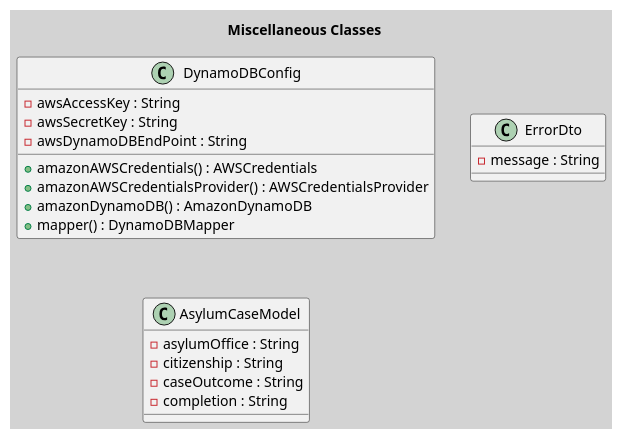
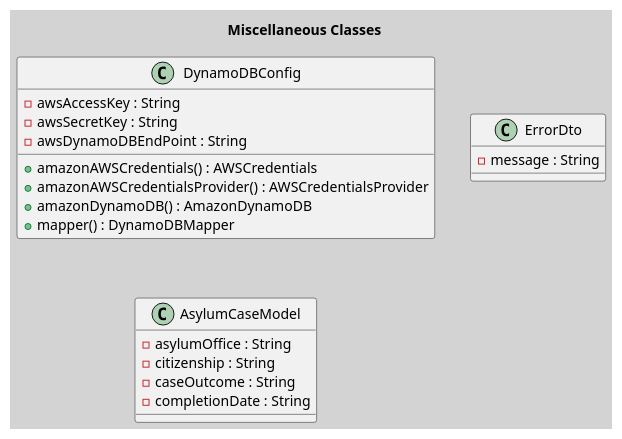
One commit to BloomTech-Labs/asylum-rg-be-a changed the diagram in documentation/diagrams/RELEASE_1.5_MISC.puml. Above: the diagram before and after it, drawn with PlantUML.

Commit message:
Updated Class Diagram for Mislabeled Attribute.

```diff
--- a/documentation/diagrams/RELEASE_1.5_MISC.puml
+++ b/documentation/diagrams/RELEASE_1.5_MISC.puml
@@ -1,26 +1,26 @@
 @startuml
 title Miscellaneous Classes
 skinparam backgroundcolor lightgrey
 
 'Config for DynamoDB
 class DynamoDBConfig {
     - awsAccessKey : String
     - awsSecretKey : String
     - awsDynamoDBEndPoint : String
     + amazonAWSCredentials() : AWSCredentials
     + amazonAWSCredentialsProvider() : AWSCredentialsProvider
     + amazonDynamoDB() : AmazonDynamoDB
     + mapper() : DynamoDBMapper
 }
 
 class ErrorDto {
     - message : String
 }
 
 class AsylumCaseModel {
     - asylumOffice : String
     - citizenship : String
     - caseOutcome : String
-    - completion : String
+    - completionDate : String
 }
 @enduml
```
